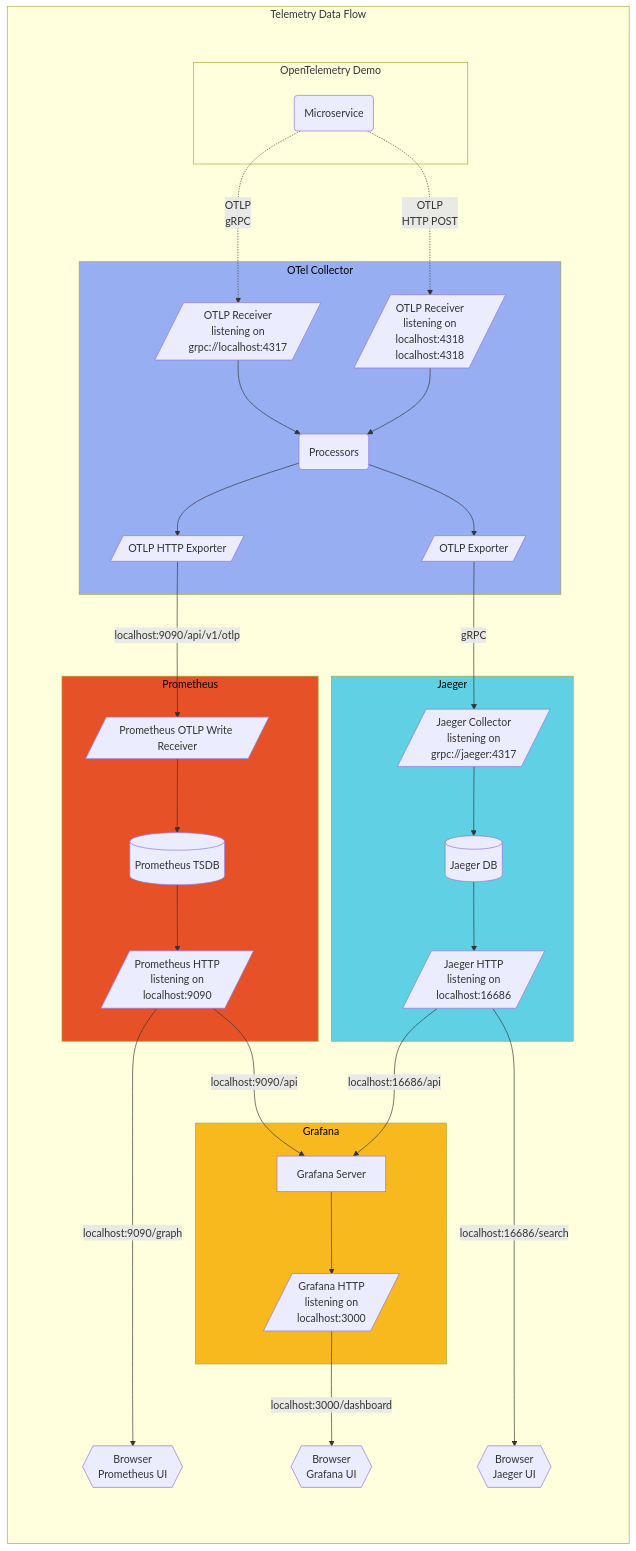
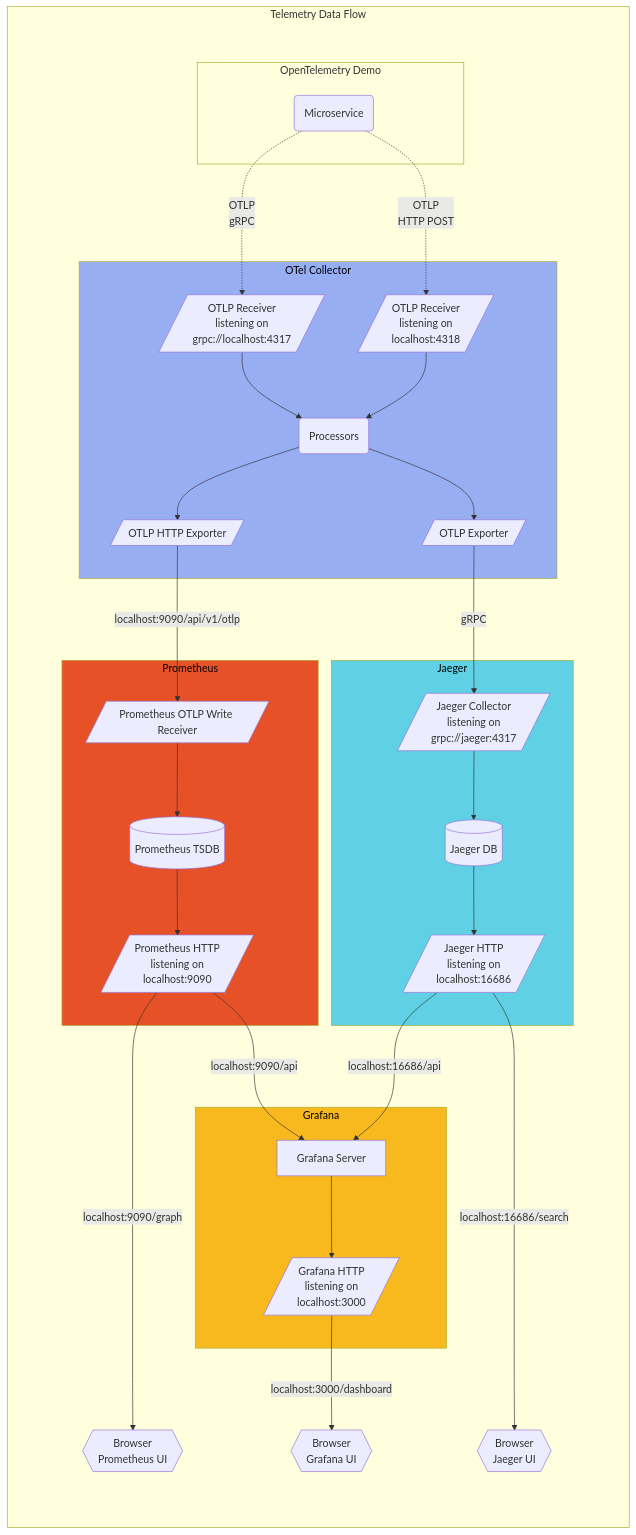
The third of 3 diagrams in content/en/docs/demo/architecture.md (open-telemetry/opentelemetry.io), drawn with Mermaid before and after one commit.

Commit message:
fixed the duplicated text: localhost 4318 on Otel collector image

````diff
--- a/content/en/docs/demo/architecture.md
+++ b/content/en/docs/demo/architecture.md
@@ -116,73 +116,73 @@
 ```mermaid
 graph TB
 subgraph tdf[Telemetry Data Flow]
     subgraph subgraph_padding [ ]
         style subgraph_padding fill:none,stroke:none;
         %% padding to stop the titles clashing
         subgraph od[OpenTelemetry Demo]
         ms(Microservice)
         end
 
         ms -.->|"OTLP<br/>gRPC"| oc-grpc
         ms -.->|"OTLP<br/>HTTP POST"| oc-http
 
         subgraph oc[OTel Collector]
             style oc fill:#97aef3,color:black;
             oc-grpc[/"OTLP Receiver<br/>listening on<br/>grpc://localhost:4317"/]
-            oc-http[/"OTLP Receiver<br/>listening on <br/>localhost:4318<br/>localhost:4318"/]
+            oc-http[/"OTLP Receiver<br/>listening on <br/>localhost:4318<br/>"/]
             oc-proc(Processors)
             oc-prom[/"OTLP HTTP Exporter"/]
             oc-otlp[/"OTLP Exporter"/]
 
             oc-grpc --> oc-proc
             oc-http --> oc-proc
 
             oc-proc --> oc-prom
             oc-proc --> oc-otlp
         end
 
         oc-prom -->|"localhost:9090/api/v1/otlp"| pr-sc
         oc-otlp -->|gRPC| ja-col
 
         subgraph pr[Prometheus]
             style pr fill:#e75128,color:black;
             pr-sc[/"Prometheus OTLP Write Receiver"/]
             pr-tsdb[(Prometheus TSDB)]
             pr-http[/"Prometheus HTTP<br/>listening on<br/>localhost:9090"/]
 
             pr-sc --> pr-tsdb
             pr-tsdb --> pr-http
         end
 
         pr-b{{"Browser<br/>Prometheus UI"}}
         pr-http ---->|"localhost:9090/graph"| pr-b
 
         subgraph ja[Jaeger]
             style ja fill:#60d0e4,color:black;
             ja-col[/"Jaeger Collector<br/>listening on<br/>grpc://jaeger:4317"/]
             ja-db[(Jaeger DB)]
             ja-http[/"Jaeger HTTP<br/>listening on<br/>localhost:16686"/]
 
             ja-col --> ja-db
             ja-db --> ja-http
         end
 
         subgraph gr[Grafana]
             style gr fill:#f8b91e,color:black;
             gr-srv["Grafana Server"]
             gr-http[/"Grafana HTTP<br/>listening on<br/>localhost:3000"/]
 
             gr-srv --> gr-http
         end
 
         pr-http --> |"localhost:9090/api"| gr-srv
         ja-http --> |"localhost:16686/api"| gr-srv
 
         ja-b{{"Browser<br/>Jaeger UI"}}
         ja-http ---->|"localhost:16686/search"| ja-b
 
         gr-b{{"Browser<br/>Grafana UI"}}
         gr-http -->|"localhost:3000/dashboard"| gr-b
     end
 end
 ```
````
